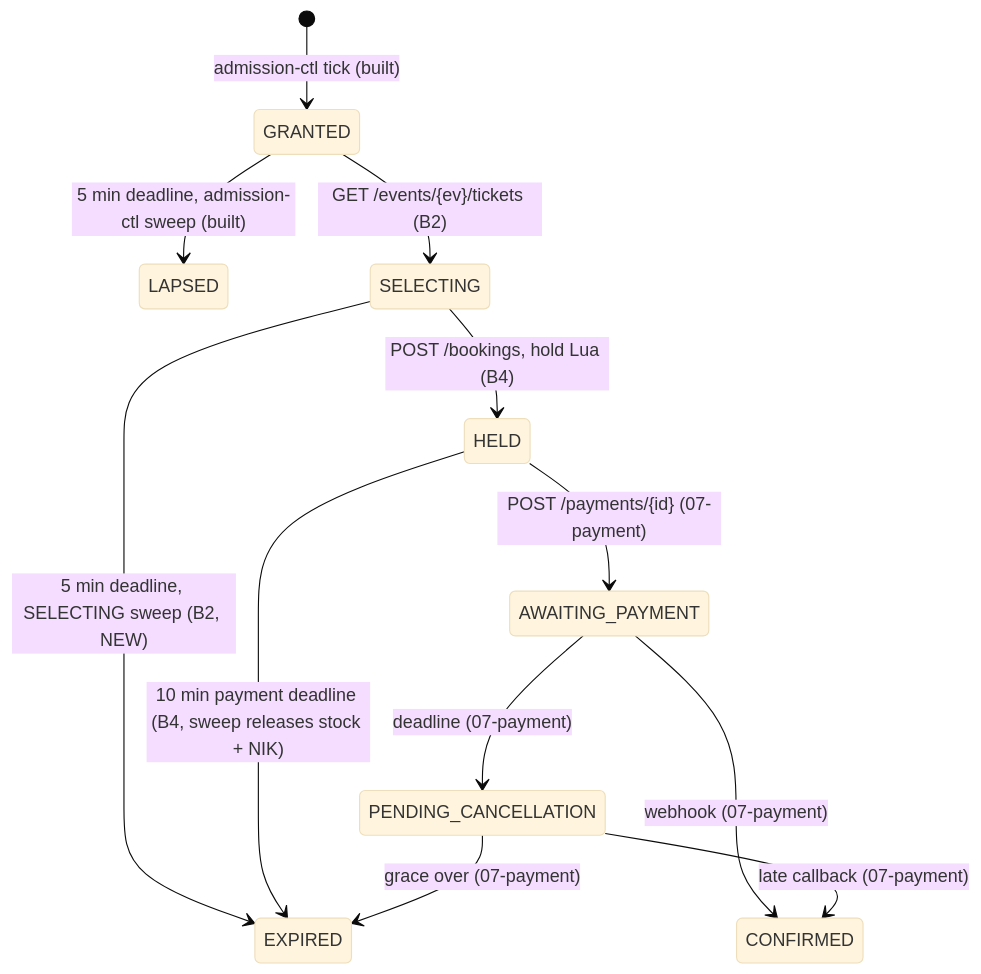
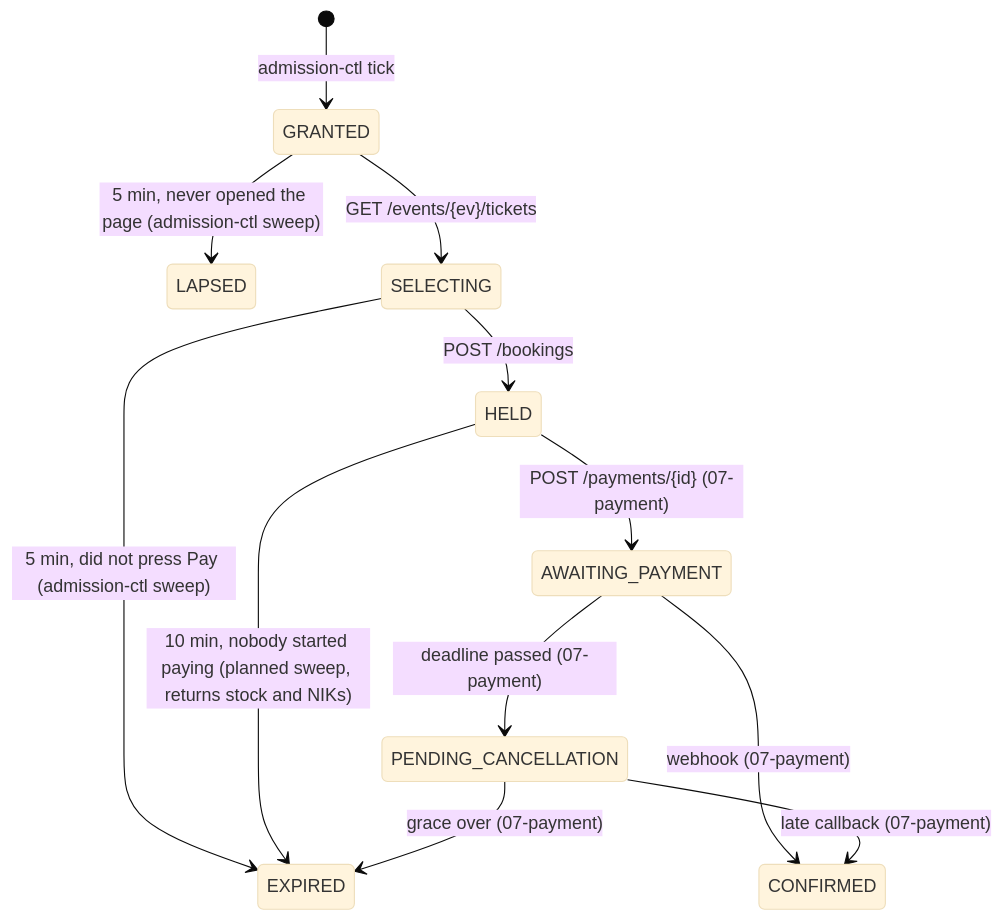
The diagram in docs/05-booking/README.md (PTServerJanganTumbang-BookingTicket/be-rusuh-war-ticketing), drawn with Mermaid (base theme) before and after one commit. The commit also changed other lines of this file and 6 other files, not shown here.

First line of the commit message:
[erma] docs(booking): approve POST /bookings plan (B4), sync with contract v2.21

````diff
--- a/docs/05-booking/README.md
+++ b/docs/05-booking/README.md
@@ -29,14 +17,14 @@
 ```mermaid
 stateDiagram-v2
-    [*] --> GRANTED: admission-ctl tick (built)
-    GRANTED --> LAPSED: 5 min deadline, admission-ctl sweep (built)
-    GRANTED --> SELECTING: GET /events/{ev}/tickets (B2)
-    SELECTING --> EXPIRED: 5 min deadline, SELECTING sweep (B2, NEW)
-    SELECTING --> HELD: POST /bookings, hold Lua (B4)
-    HELD --> EXPIRED: 10 min payment deadline (B4, sweep releases stock + NIK)
+    [*] --> GRANTED: admission-ctl tick
+    GRANTED --> LAPSED: 5 min, never opened the page (admission-ctl sweep)
+    GRANTED --> SELECTING: GET /events/{ev}/tickets
+    SELECTING --> EXPIRED: 5 min, did not press Pay (admission-ctl sweep)
+    SELECTING --> HELD: POST /bookings
+    HELD --> EXPIRED: 10 min, nobody started paying (planned sweep, returns stock and NIKs)
     HELD --> AWAITING_PAYMENT: POST /payments/{id} (07-payment)
-    AWAITING_PAYMENT --> PENDING_CANCELLATION: deadline (07-payment)
+    AWAITING_PAYMENT --> PENDING_CANCELLATION: deadline passed (07-payment)
     AWAITING_PAYMENT --> CONFIRMED: webhook (07-payment)
     PENDING_CANCELLATION --> CONFIRMED: late callback (07-payment)
     PENDING_CANCELLATION --> EXPIRED: grace over (07-payment)
 ```
````
